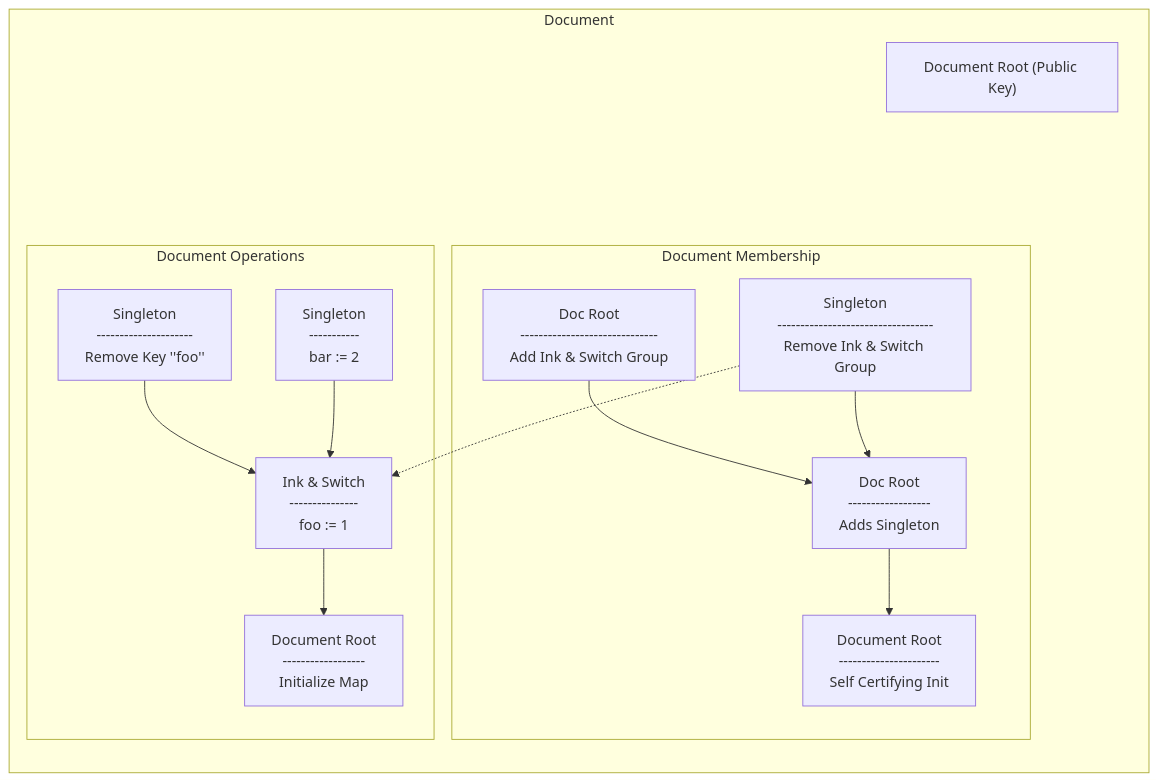
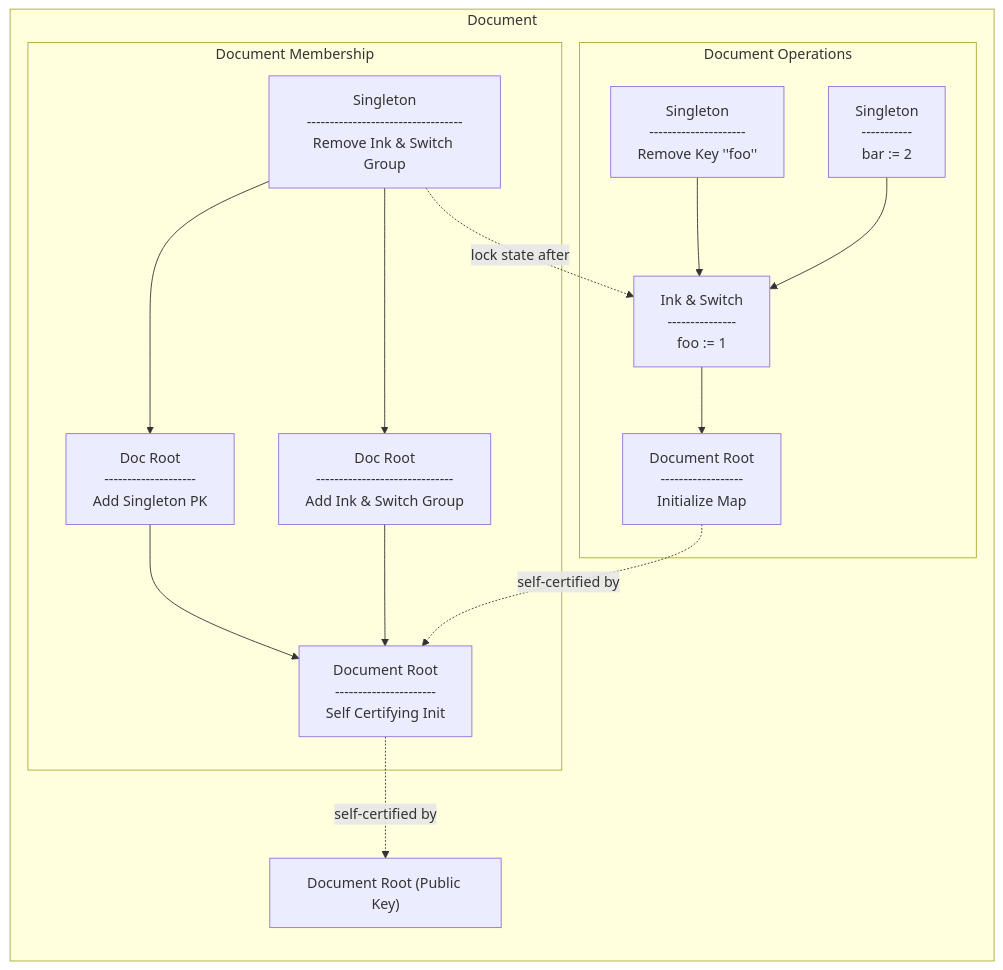
Before and after one commit to inkandswitch/keyhive: the sixth of 7 diagrams in design/group_membership.md, drawn with Mermaid.

````diff
--- a/design/group_membership.md
+++ b/design/group_membership.md
@@ -238,23 +238,24 @@
 ```mermaid
 flowchart TB
     subgraph Document
         direction TB
 
+        _docPK["Document Root (Public Key)"]
+
         subgraph docGroup[Document Membership]
-            docRootAddsSingleton["Doc Root\n----------------\nAdds Singleton PK"] --> docRoot[Document Root\n----------------------\nSelf Certifying Init]
-            docRootAddsAnotherGroup["Doc Root\n------------------------------\nAdd Ink & Switch Group"] --> docRootAddsSingleton["Doc Root\n------------------\nAdds Singleton"]
+            docRootAddsSingleton["Doc Root\n--------------------\nAdd Singleton PK"] --> docRoot[Document Root\n----------------------\nSelf Certifying Init]
+            docRootAddsAnotherGroup["Doc Root\n------------------------------\nAdd Ink & Switch Group"] --> docRoot
             singetonRemovesAnotherGroup[Singleton\n----------------------------------\nRemove Ink & Switch Group] --> docRootAddsSingleton
+            singetonRemovesAnotherGroup --> docRootAddsAnotherGroup
         end
 
         subgraph ops[Document Operations]
             addKeyFoo["Ink & Switch\n---------------\nfoo := 1"] --> InitMap[Document Root\n------------------\nInitialize Map]
             removeKeyFoo["Singleton\n---------------------\nRemove Key ''foo''"] --> addKeyFoo
             addKeyBar["Singleton\n-----------\nbar := 2"] --> addKeyFoo
         end
-
-        _docPK["Document Root (Public Key)"]
     end
 
-    singetonRemovesAnotherGroup -.-> addKeyFoo
-    _docPK ~~~~~ docGroup
+    singetonRemovesAnotherGroup -.->|lock state after| addKeyFoo
+    InitMap -.->|self-certified by| docRoot -.->|self-certified by| _docPK
 ```
````
